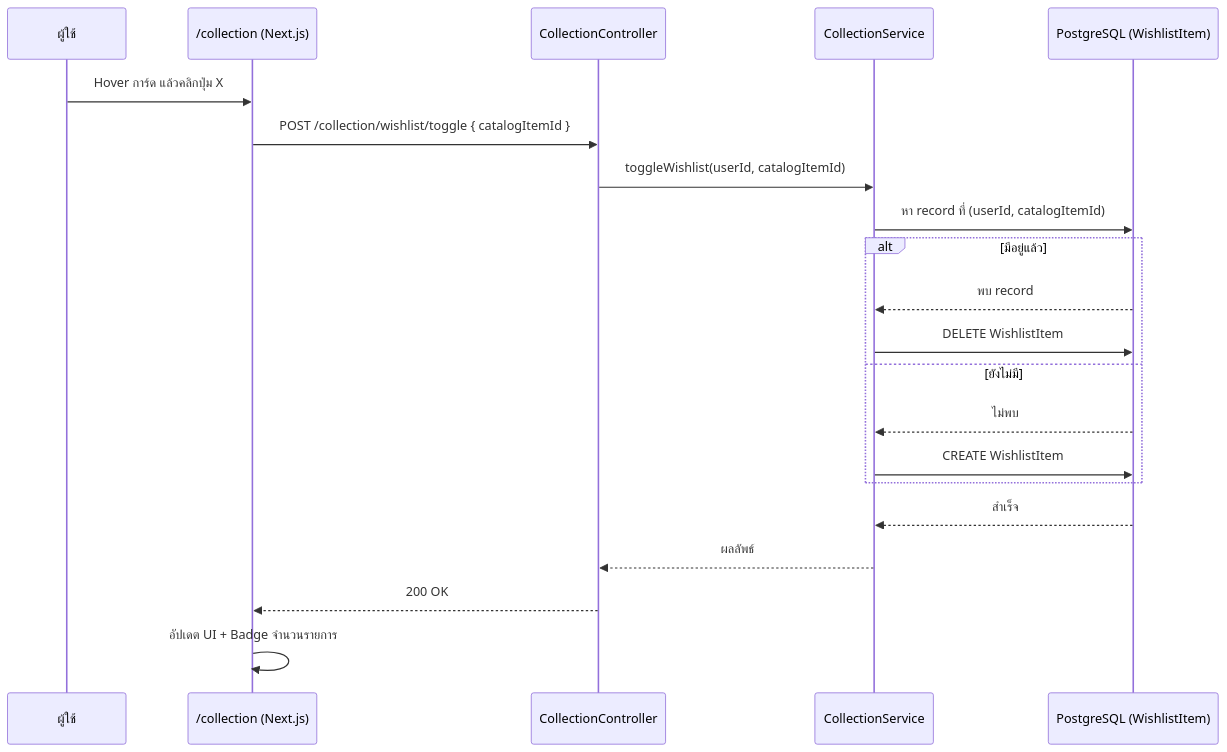
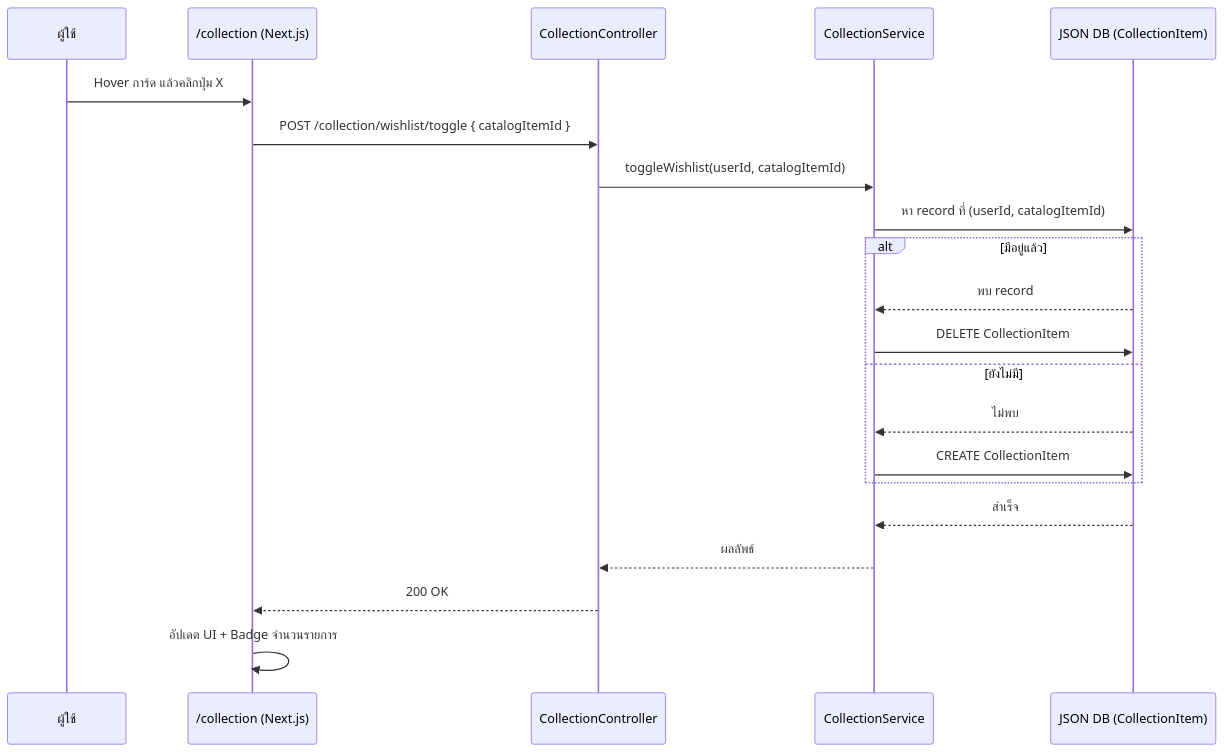
Before and after one commit to danaiwut/Card_sell_Ecommerce: the second of 4 diagrams in Architecture.md, drawn with Mermaid. The commit also changed other lines of this file and 1 other file, not shown here.

````diff
--- a/Architecture.md
+++ b/Architecture.md
@@ -69,24 +69,24 @@
 ```mermaid
 sequenceDiagram
     participant U as ผู้ใช้
     participant FE as /collection (Next.js)
     participant API as CollectionController
     participant SVC as CollectionService
-    participant DB as PostgreSQL (WishlistItem)
+    participant DB as JSON DB (CollectionItem)
 
     U->>FE: Hover การ์ด แล้วคลิกปุ่ม X
     FE->>API: POST /collection/wishlist/toggle { catalogItemId }
     API->>SVC: toggleWishlist(userId, catalogItemId)
     SVC->>DB: หา record ที่ (userId, catalogItemId)
     alt มีอยู่แล้ว
         DB-->>SVC: พบ record
-        SVC->>DB: DELETE WishlistItem
+        SVC->>DB: DELETE CollectionItem
     else ยังไม่มี
         DB-->>SVC: ไม่พบ
-        SVC->>DB: CREATE WishlistItem
+        SVC->>DB: CREATE CollectionItem
     end
     DB-->>SVC: สำเร็จ
     SVC-->>API: ผลลัพธ์
     API-->>FE: 200 OK
     FE->>FE: อัปเดต UI + Badge จำนวนรายการ
 ```
````
